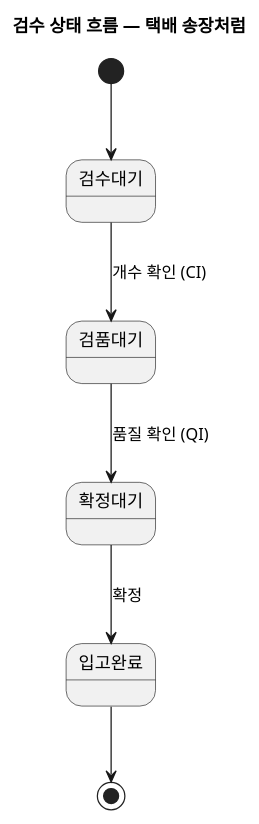
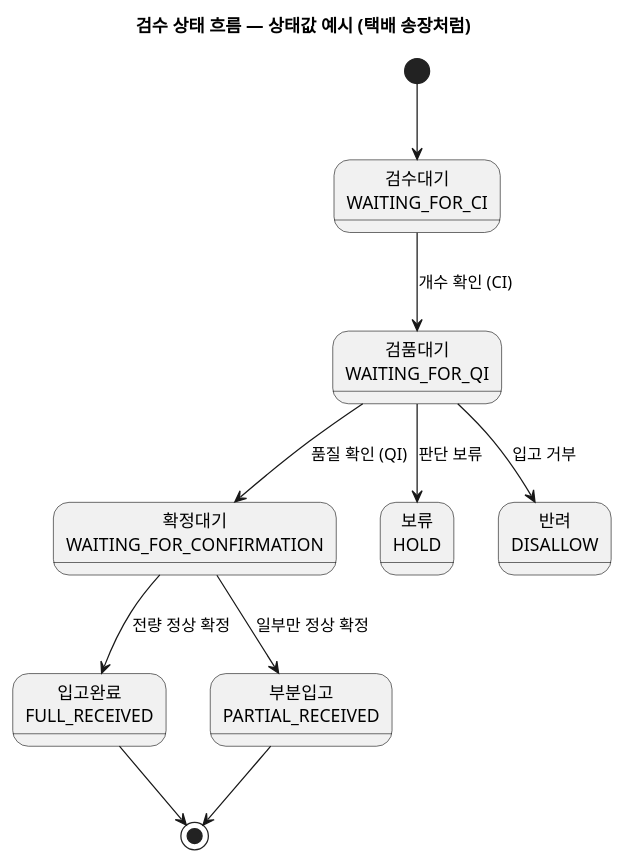
Before and after one commit to johnycho/johny-dev: the fourth of 10 diagrams in blog/2026-10-20-scm-system-explained.mdx, drawn with PlantUML. The commit also changed other lines of this file and 1 other file, not shown here.

Commit message:
블로그(SCM): 검수 상태 다이어그램에 상세 상태값·분기(보류/반려/부분입고) 추가

````diff
--- a/blog/2026-10-20-scm-system-explained.mdx
+++ b/blog/2026-10-20-scm-system-explained.mdx
@@ -187,12 +187,24 @@
 ```plantuml
 @startuml
 skinparam defaultTextAlignment center
-title 검수 상태 흐름 — 택배 송장처럼
+title 검수 상태 흐름 — 상태값 예시 (택배 송장처럼)
 
-[*] --> 검수대기
-검수대기 --> 검품대기 : 개수 확인 (CI)
-검품대기 --> 확정대기 : 품질 확인 (QI)
-확정대기 --> 입고완료 : 확정
-입고완료 --> [*]
+state "검수대기\nWAITING_FOR_CI" as ci
+state "검품대기\nWAITING_FOR_QI" as qi
+state "확정대기\nWAITING_FOR_CONFIRMATION" as conf
+state "입고완료\nFULL_RECEIVED" as full
+state "부분입고\nPARTIAL_RECEIVED" as partial
+state "보류\nHOLD" as hold
+state "반려\nDISALLOW" as disallow
+
+[*] --> ci
+ci --> qi : 개수 확인 (CI)
+qi --> conf : 품질 확인 (QI)
+conf --> full : 전량 정상 확정
+conf --> partial : 일부만 정상 확정
+qi --> hold : 판단 보류
+qi --> disallow : 입고 거부
+full --> [*]
+partial --> [*]
 @enduml
 ```
````
